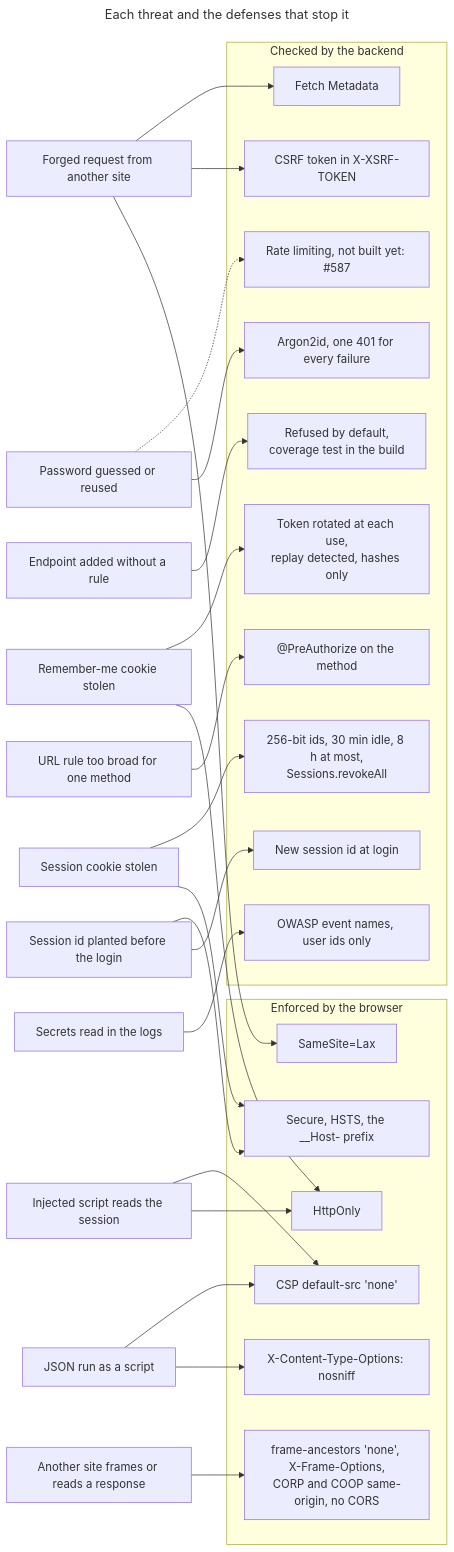
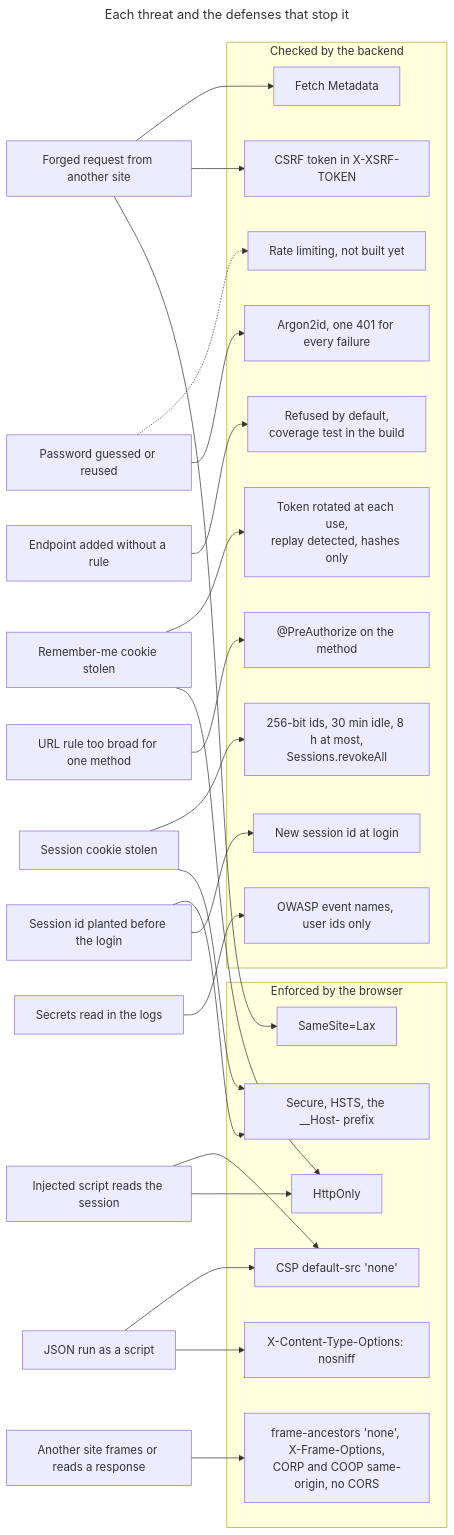
The second of 8 diagrams in docs/src/engineering/security/principles.md (mboisnard/drinkit), drawn with Mermaid before and after one commit. The commit also changed other lines of this file and 7 other files, not shown here.

````diff
--- a/docs/src/engineering/security/principles.md
+++ b/docs/src/engineering/security/principles.md
@@ -52,49 +52,49 @@
 ```mermaid
 ---
 title: Each threat and the defenses that stop it
 ---
 flowchart LR
   forged["Forged request from another site"]
   xss["Injected script reads the session"]
   fixation["Session id planted before the login"]
   stolenSession["Session cookie stolen"]
   stolenRemember["Remember-me cookie stolen"]
   guessed["Password guessed or reused"]
   framed["Another site frames or reads a response"]
   sniffed["JSON run as a script"]
   unruled["Endpoint added without a rule"]
   broad["URL rule too broad for one method"]
   logs["Secrets read in the logs"]
   subgraph browserSide["Enforced by the browser"]
     samesite["SameSite=Lax"]
     httponly["HttpOnly"]
     transport["Secure, HSTS, the __Host- prefix"]
     csp["CSP default-src 'none'"]
     nosniff["X-Content-Type-Options: nosniff"]
     origin["frame-ancestors 'none', X-Frame-Options,<br/>CORP and COOP same-origin, no CORS"]
   end
   subgraph backendSide["Checked by the backend"]
     token["CSRF token in X-XSRF-TOKEN"]
     fetch["Fetch Metadata"]
     newId["New session id at login"]
     lifetime["256-bit ids, 30 min idle, 8 h at most,<br/>Sessions.revokeAll"]
     rotation["Token rotated at each use,<br/>replay detected, hashes only"]
     argon["Argon2id, one 401 for every failure"]
-    rateLimit["Rate limiting, not built yet: #587"]
+    rateLimit["Rate limiting, not built yet"]
     deny["Refused by default,<br/>coverage test in the build"]
     preAuthorize["@PreAuthorize on the method"]
     vocabulary["OWASP event names, user ids only"]
   end
   forged --> samesite & token & fetch
   xss --> httponly & csp
   fixation --> newId & transport
   stolenSession --> transport & lifetime
   stolenRemember --> httponly & rotation
   guessed --> argon
   guessed -.-> rateLimit
   framed --> origin
   sniffed --> nosniff & csp
   unruled --> deny
   broad --> preAuthorize
   logs --> vocabulary
 ```
````
